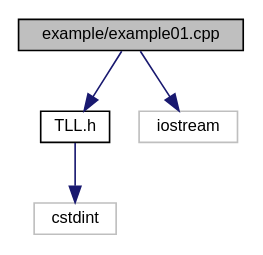
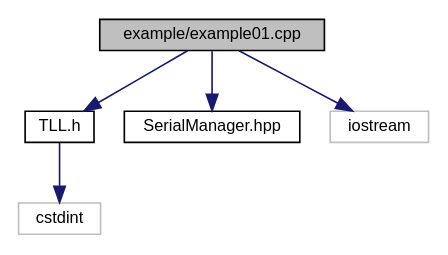
Before and after one commit to nkue-yst/MarbLED-SDK: the diagram in docs/example01_8cpp__incl.dot, drawn with Graphviz. The commit also changed 87 other files, not shown here.

Commit message:
Add serial communication function

```diff
--- a/docs/example01_8cpp__incl.dot
+++ b/docs/example01_8cpp__incl.dot
@@ -1,12 +1,14 @@
 digraph "example/example01.cpp"
 {
   edge [fontname="Helvetica",fontsize="10",labelfontname="Helvetica",labelfontsize="10"];
   node [fontname="Helvetica",fontsize="10",shape=record];
   Node0 [label="example/example01.cpp",height=0.2,width=0.4,color="black", fillcolor="grey75", style="filled", fontcolor="black"];
   Node0 -> Node1 [color="midnightblue",fontsize="10",style="solid",fontname="Helvetica"];
   Node1 [label="TLL.h",height=0.2,width=0.4,color="black", fillcolor="white", style="filled",URL="$TLL_8h.html",tooltip="API公開用ヘッダファイル "];
   Node1 -> Node2 [color="midnightblue",fontsize="10",style="solid",fontname="Helvetica"];
   Node2 [label="cstdint",height=0.2,width=0.4,color="grey75", fillcolor="white", style="filled"];
   Node0 -> Node3 [color="midnightblue",fontsize="10",style="solid",fontname="Helvetica"];
-  Node3 [label="iostream",height=0.2,width=0.4,color="grey75", fillcolor="white", style="filled"];
+  Node3 [label="SerialManager.hpp",height=0.2,width=0.4,color="black", fillcolor="white", style="filled",URL="$SerialManager_8hpp.html",tooltip="Class to manage serial communication. "];
+  Node0 -> Node4 [color="midnightblue",fontsize="10",style="solid",fontname="Helvetica"];
+  Node4 [label="iostream",height=0.2,width=0.4,color="grey75", fillcolor="white", style="filled"];
 }
```
